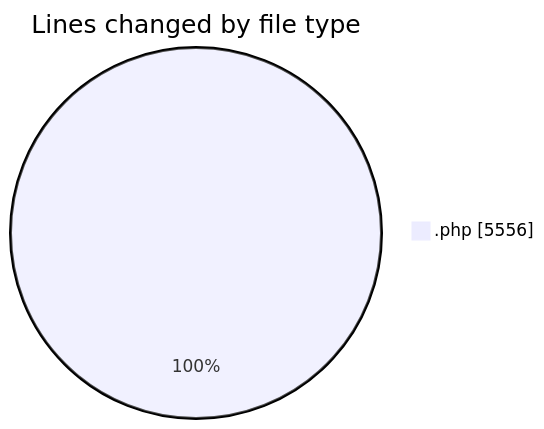
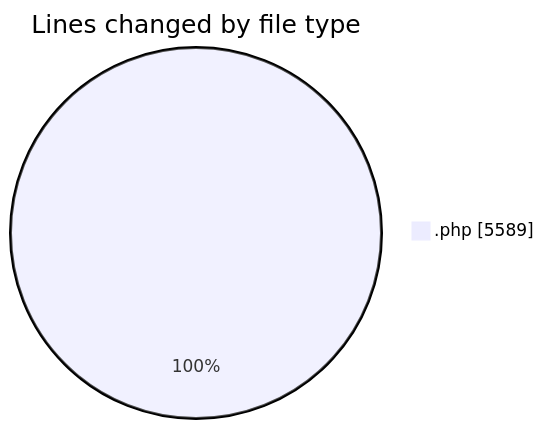
Before and after one commit to debugP/code-tracking: the first of 2 diagrams in 2025-10-03/untitled__workspace_/README.md, drawn with Mermaid. The commit also changed other lines of this file and 1 other file, not shown here.

````diff
--- a/2025-10-03/untitled__workspace_/README.md
+++ b/2025-10-03/untitled__workspace_/README.md
@@ -23,5 +23,5 @@
 ```mermaid
 pie showData
 title Lines changed by file type
-".php" : 5556
+".php" : 5589
 ```
````
